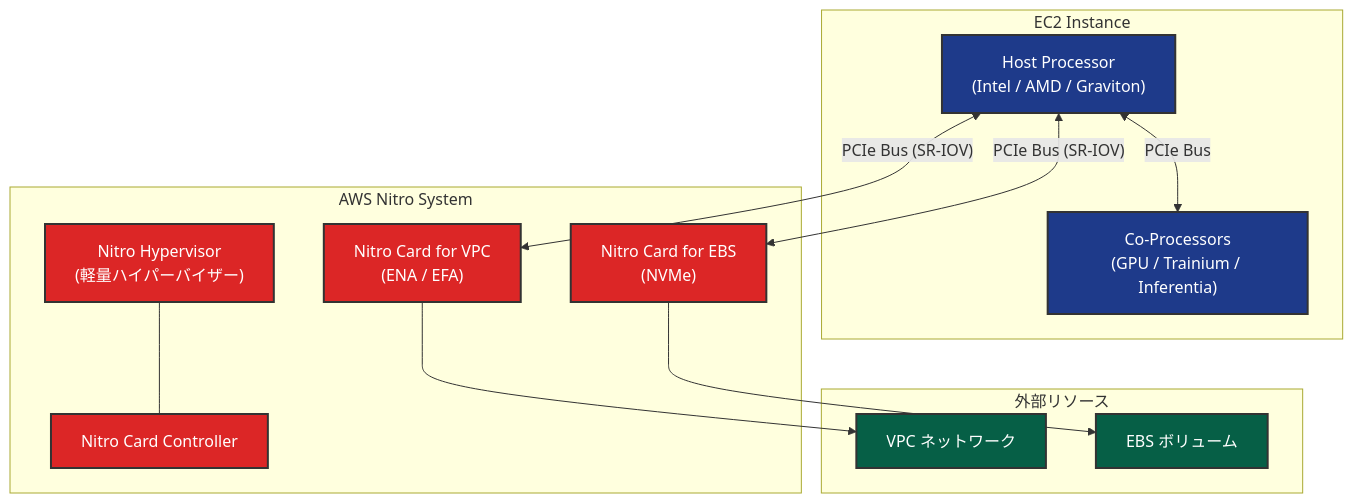
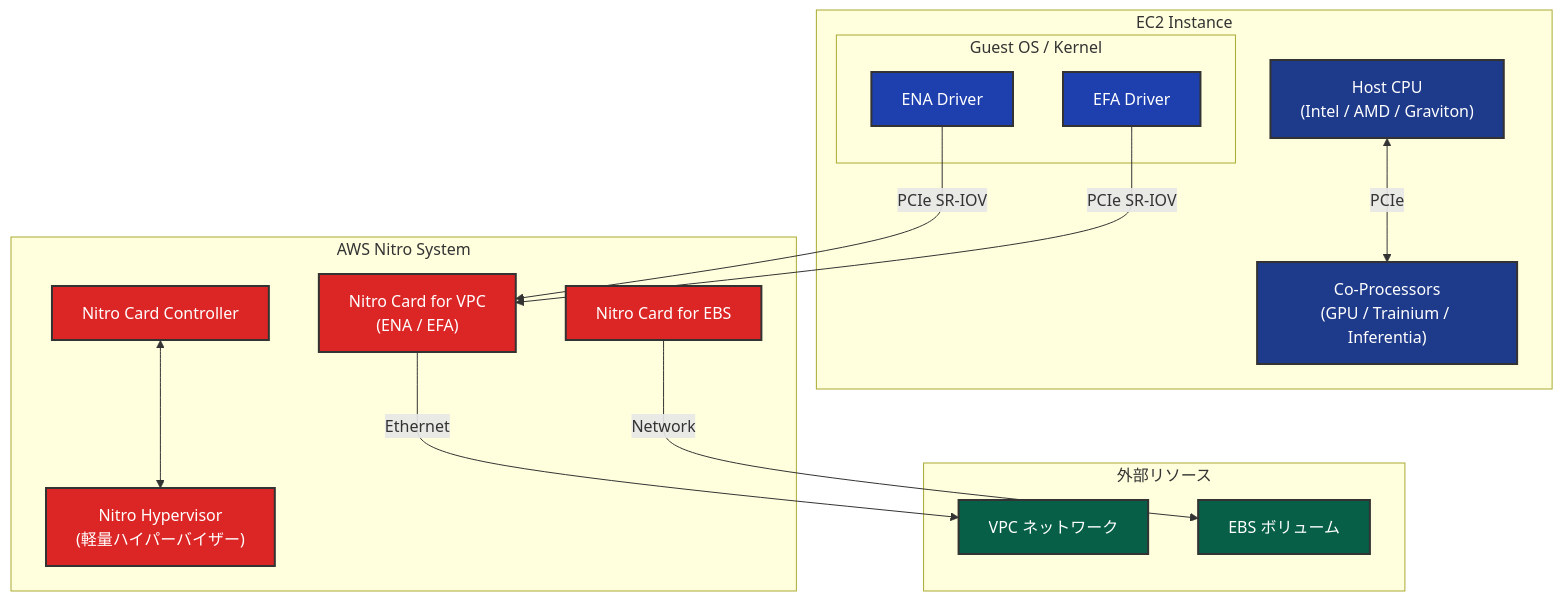
One commit to littlemex/zenn changed the first of 12 diagrams in articles/0eeb53ca63f8b2.md. Above: the diagram before and after it, drawn with Mermaid. The commit also changed other lines of this file, not shown here.

````diff
--- a/articles/0eeb53ca63f8b2.md
+++ b/articles/0eeb53ca63f8b2.md
@@ -29,35 +29,41 @@
 ```mermaid
 graph TB
     subgraph "EC2 Instance"
-        HP["Host Processor<br/>(Intel / AMD / Graviton)"]
+        HP["Host CPU<br/>(Intel / AMD / Graviton)"]
         COP["Co-Processors<br/>(GPU / Trainium / Inferentia)"]
+        subgraph "Guest OS / Kernel"
+            ENA_DRV["ENA Driver"]
+            EFA_DRV["EFA Driver"]
+        end
     end
 
     subgraph "AWS Nitro System"
         NH["Nitro Hypervisor<br/>(軽量ハイパーバイザー)"]
         NC_VPC["Nitro Card for VPC<br/>(ENA / EFA)"]
-        NC_EBS["Nitro Card for EBS<br/>(NVMe)"]
+        NC_EBS["Nitro Card for EBS"]
         NC_CTRL["Nitro Card Controller"]
     end
 
     subgraph "外部リソース"
         VPC["VPC ネットワーク"]
         EBS["EBS ボリューム"]
     end
 
-    HP <-->|"PCIe Bus (SR-IOV)"| NC_VPC
-    HP <-->|"PCIe Bus (SR-IOV)"| NC_EBS
-    HP <-->|"PCIe Bus"| COP
-    NH --- NC_CTRL
-    NC_VPC --> VPC
-    NC_EBS --> EBS
+    ENA_DRV -->|"PCIe SR-IOV"| NC_VPC
+    EFA_DRV -->|"PCIe SR-IOV"| NC_VPC
+    HP <-->|"PCIe"| COP
+    NC_CTRL <--> NH
+    NC_VPC -->|"Ethernet"| VPC
+    NC_EBS -->|"Network"| EBS
 
-    style HP fill: #1e3a8a,stroke: #333,stroke-width:2px,color: #fff
-    style COP fill: #1e3a8a,stroke: #333,stroke-width:2px,color: #fff
-    style NH fill: #dc2626,stroke: #333,stroke-width:2px,color: #fff
-    style NC_VPC fill: #dc2626,stroke: #333,stroke-width:2px,color: #fff
-    style NC_EBS fill: #dc2626,stroke: #333,stroke-width:2px,color: #fff
-    style NC_CTRL fill: #dc2626,stroke: #333,stroke-width:2px,color: #fff
-    style VPC fill: #065f46,stroke: #333,stroke-width:2px,color: #fff
-    style EBS fill: #065f46,stroke: #333,stroke-width:2px,color: #fff
+    style HP fill:#1e3a8a,stroke:#333,stroke-width:2px,color:#fff
+    style COP fill:#1e3a8a,stroke:#333,stroke-width:2px,color:#fff
+    style ENA_DRV fill:#1e40af,stroke:#333,stroke-width:2px,color:#fff
+    style EFA_DRV fill:#1e40af,stroke:#333,stroke-width:2px,color:#fff
+    style NH fill:#dc2626,stroke:#333,stroke-width:2px,color:#fff
+    style NC_VPC fill:#dc2626,stroke:#333,stroke-width:2px,color:#fff
+    style NC_EBS fill:#dc2626,stroke:#333,stroke-width:2px,color:#fff
+    style NC_CTRL fill:#dc2626,stroke:#333,stroke-width:2px,color:#fff
+    style VPC fill:#065f46,stroke:#333,stroke-width:2px,color:#fff
+    style EBS fill:#065f46,stroke:#333,stroke-width:2px,color:#fff
 ```
````
